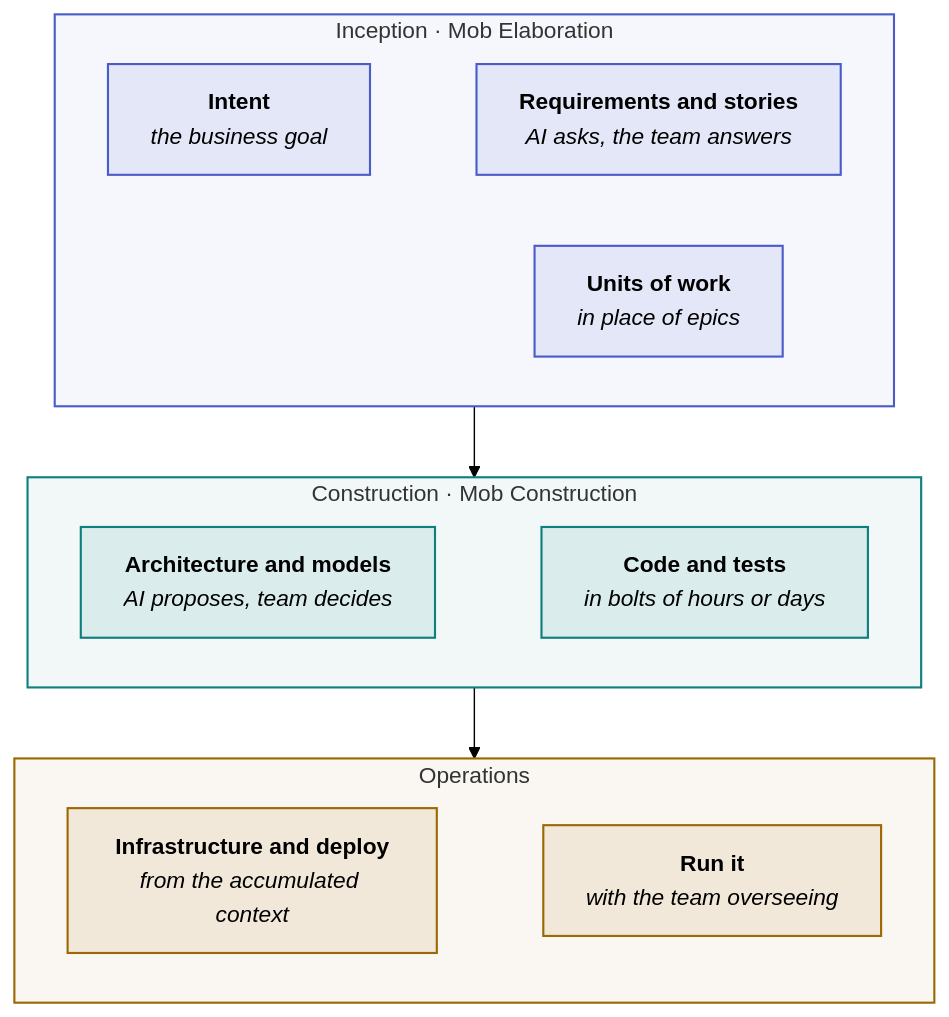
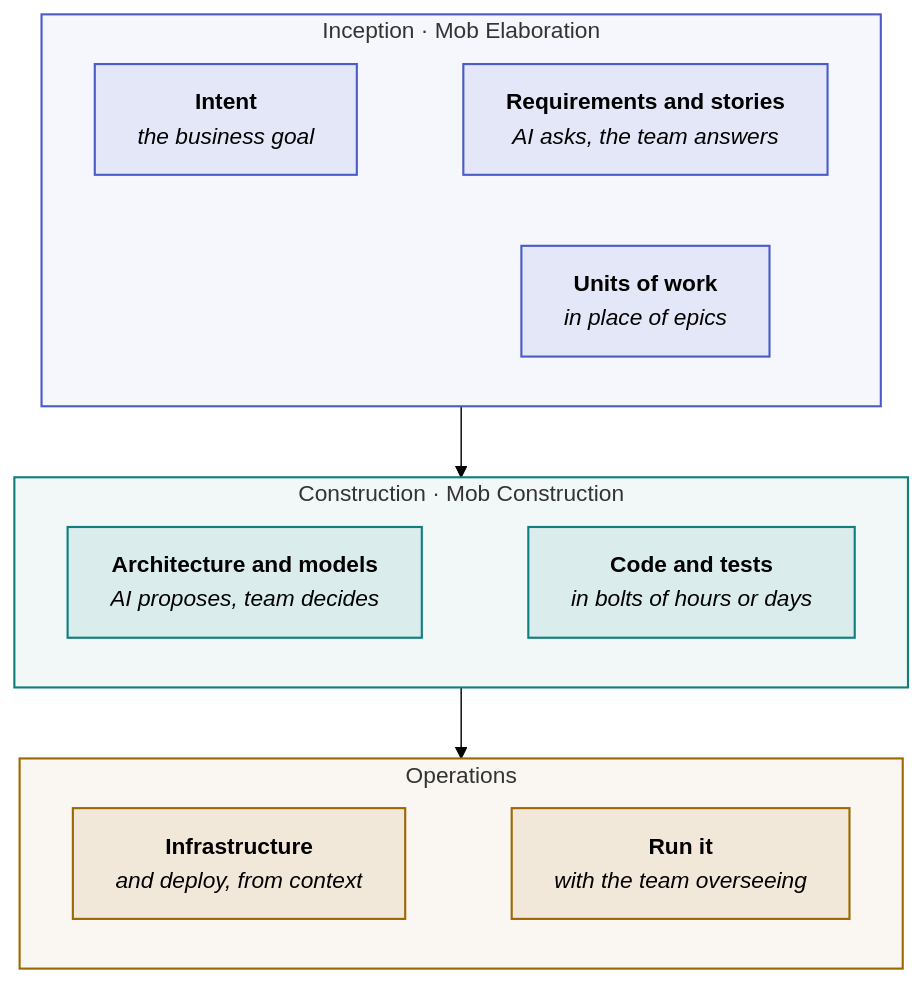
The diagram in site/content/learn/lessons/what-is-ai-dlc.md (akash-coded/aws-bedrock-agentcore-strands), drawn with Mermaid (forest theme) before and after one commit. The commit also changed 82 other files, not shown here.

````diff
--- a/site/content/learn/lessons/what-is-ai-dlc.md
+++ b/site/content/learn/lessons/what-is-ai-dlc.md
@@ -19,27 +19,27 @@
 ```mermaid
 flowchart TB
   subgraph I["Inception · Mob Elaboration"]
     direction LR
     I1["<b>Intent</b><br/><i>the business goal</i>"] ~~~ I2["<b>Requirements and stories</b><br/><i>AI asks, the team answers</i>"]
     I3["<b>Units of work</b><br/><i>in place of epics</i>"]
   end
   subgraph C["Construction · Mob Construction"]
     direction LR
     C1["<b>Architecture and models</b><br/><i>AI proposes, team decides</i>"] ~~~ C2["<b>Code and tests</b><br/><i>in bolts of hours or days</i>"]
   end
   subgraph O["Operations"]
     direction LR
-    O1["<b>Infrastructure and deploy</b><br/><i>from the accumulated context</i>"] ~~~ O2["<b>Run it</b><br/><i>with the team overseeing</i>"]
+    O1["<b>Infrastructure</b><br/><i>and deploy, from context</i>"] ~~~ O2["<b>Run it</b><br/><i>with the team overseeing</i>"]
   end
   I --> C --> O
 
   classDef p1 fill:#4B5CC81A,stroke:#4B5CC8,stroke-width:1.5px
   classDef p2 fill:#0E7F7C1A,stroke:#0E7F7C,stroke-width:1.5px
   classDef p3 fill:#9C68031A,stroke:#9C6803,stroke-width:1.5px
   class I1,I2,I3 p1
   class C1,C2 p2
   class O1,O2 p3
   style I fill:#4B5CC80D,stroke:#4B5CC8,stroke-width:1.5px
   style C fill:#0E7F7C0D,stroke:#0E7F7C,stroke-width:1.5px
   style O fill:#9C68030D,stroke:#9C6803,stroke-width:1.5px
 ```
````
